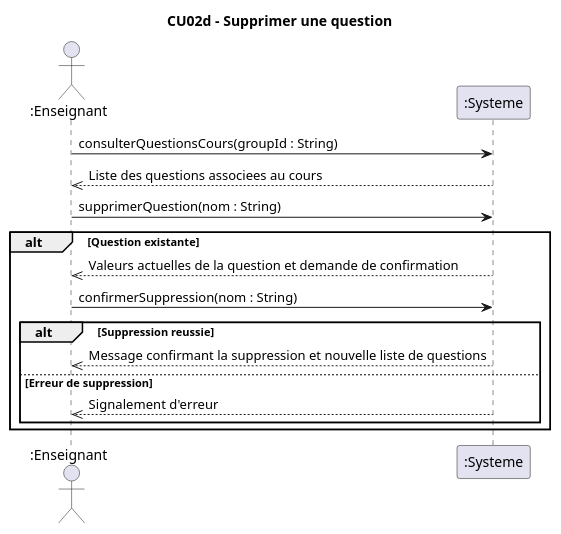
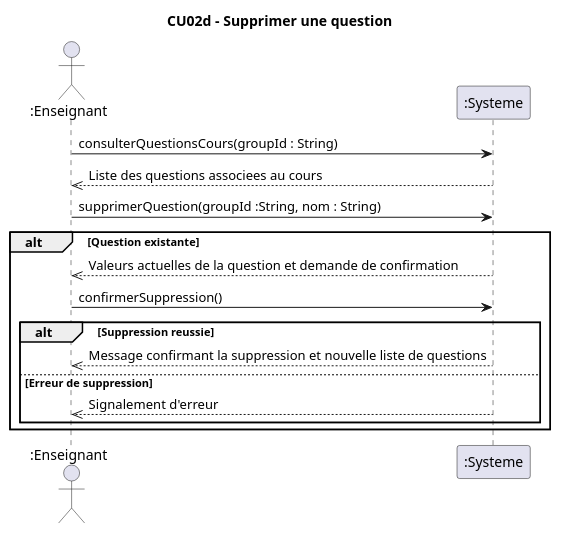
One commit to xMrYahya/moodle-clone changed the diagram in docs/modeles/cu02/dss-supprimer-question.puml. Above: the diagram before and after it, drawn with PlantUML. The commit also changed 19 other files, not shown here.

```diff
--- a/docs/modeles/cu02/dss-supprimer-question.puml
+++ b/docs/modeles/cu02/dss-supprimer-question.puml
@@ -1,19 +1,19 @@
 @startuml
 title CU02d - Supprimer une question
 actor ":Enseignant" as e
 participant ":Systeme" as s
 
 e->s : consulterQuestionsCours(groupId : String)
 s-->>e : Liste des questions associees au cours
 
-e->s : supprimerQuestion(nom : String)
+e->s : supprimerQuestion(groupId :String, nom : String)
 alt Question existante
 	s-->>e : Valeurs actuelles de la question et demande de confirmation
-	e->s : confirmerSuppression(nom : String)
+	e->s : confirmerSuppression()
 	alt Suppression reussie
 		s-->>e : Message confirmant la suppression et nouvelle liste de questions
 	else Erreur de suppression
 		s-->>e : Signalement d'erreur
 	end alt
 end alt
 @enduml
```
